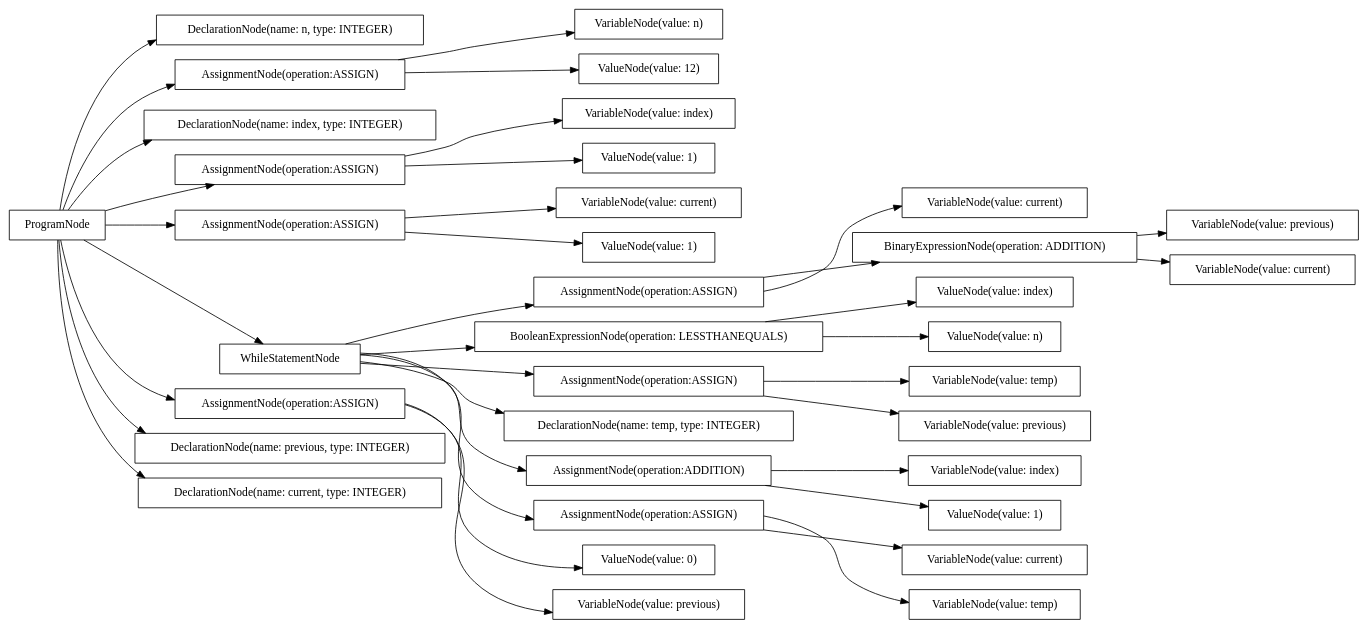
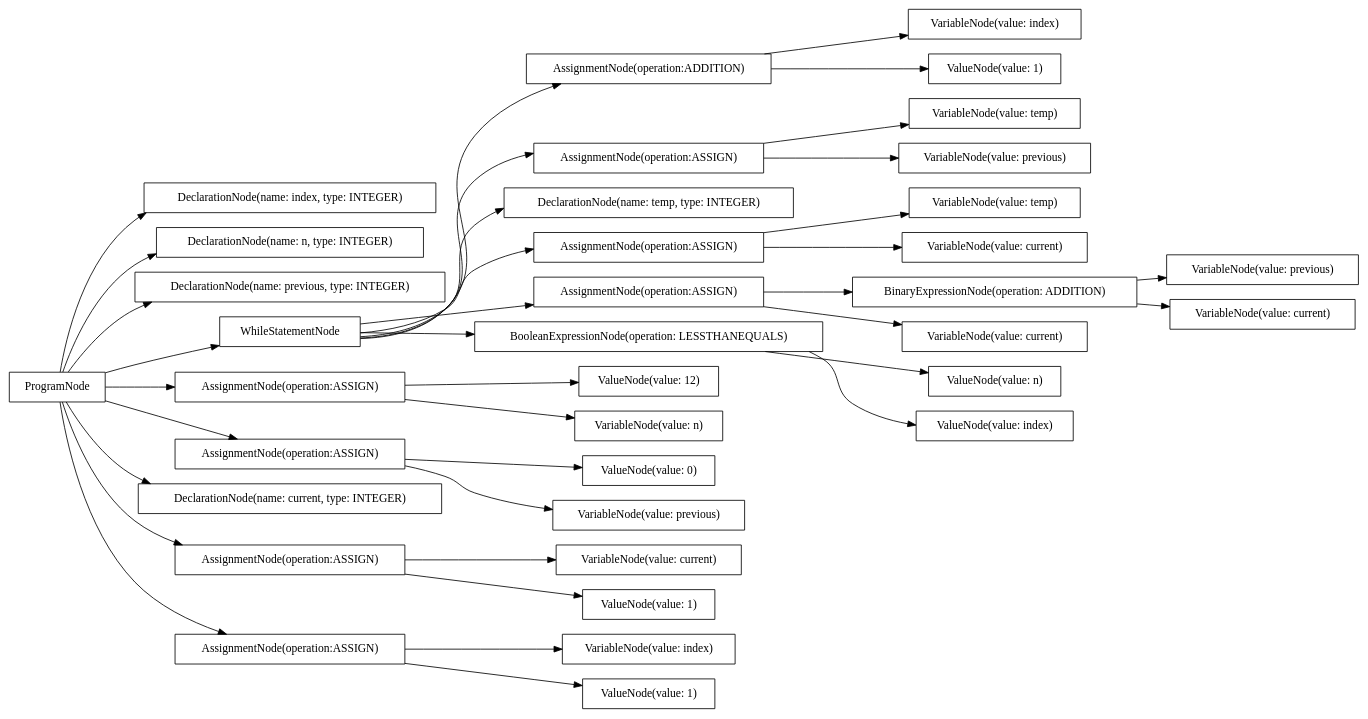
Before and after one commit to AtLeastITry/ANTLR-Python-Compiler: the diagram in src/output/dot/fibonacci.dot, drawn with Graphviz. The commit also changed 10 other files, not shown here.

```diff
--- a/src/output/dot/fibonacci.dot
+++ b/src/output/dot/fibonacci.dot
@@ -1,74 +1,74 @@
 digraph G {
 rankdir=LR
-"f2e39981-f69d-4eca-b578-487d6be4f615" [label="DeclarationNode(name: n, type: INTEGER)" shape="box"];
-"b7244cc0-39b5-45ae-a8e9-d210f40f4788" [label="VariableNode(value: index)" shape="box"];
-"81354cde-d159-466c-97f7-82f796c4461e" [label="ValueNode(value: 0)" shape="box"];
-"04382cf0-7ac7-443c-8c2f-bc427b9868c2" [label="ValueNode(value: index)" shape="box"];
-"a21a1077-9fe9-4d00-8135-f6cef438b041" [label="AssignmentNode(operation:ASSIGN)" shape="box"];
-"ca11a3d4-9709-426d-915c-c1c418363bc6" [label="AssignmentNode(operation:ASSIGN)" shape="box"];
-"004b1c55-7f75-442b-9615-68fdad9f25bc" [label="VariableNode(value: current)" shape="box"];
-"31c25d8e-93ac-46b8-a7f2-9eb9f576bb2e" [label="VariableNode(value: temp)" shape="box"];
-"48811333-f878-4713-8cda-7bebf68a7532" [label="VariableNode(value: previous)" shape="box"];
-"3acb30d8-ec54-4618-b3a5-100e2ca0e785" [label="VariableNode(value: n)" shape="box"];
-"6873d2dd-80f9-43c8-91c0-05d8a8c03813" [label="BooleanExpressionNode(operation: LESSTHANEQUALS)" shape="box"];
-"9508199c-9a2a-4fef-bfbc-4c6eb44feb19" [label="ProgramNode" shape="box"];
-"c228a922-a230-4987-8ba6-7c75241cd2e7" [label="VariableNode(value: current)" shape="box"];
-"57e73738-9f6e-4332-a002-756728b52306" [label="VariableNode(value: current)" shape="box"];
-"4c3b980d-22e1-40c9-8154-ba8ab2dcf6cb" [label="ValueNode(value: n)" shape="box"];
-"6204aff9-ea91-4e46-b79d-079d2b34fb06" [label="ValueNode(value: 12)" shape="box"];
-"73e6bcbc-619f-4e66-8615-cab6c6a8c433" [label="DeclarationNode(name: index, type: INTEGER)" shape="box"];
-"622d3cfe-2606-40ab-85fb-cbe60794d297" [label="AssignmentNode(operation:ASSIGN)" shape="box"];
-"ea216569-ac40-4a32-9bbb-888416924976" [label="VariableNode(value: previous)" shape="box"];
-"b34e59fb-dd91-4a6e-838d-469c02fd31c5" [label="VariableNode(value: index)" shape="box"];
-"57bf920f-966d-44fb-b9f9-18891f304382" [label="BinaryExpressionNode(operation: ADDITION)" shape="box"];
-"62d03805-43d7-4eeb-840a-3e5959acdcb3" [label="AssignmentNode(operation:ASSIGN)" shape="box"];
-"667947e6-df62-4868-9c43-5d4d2a6e46d9" [label="VariableNode(value: previous)" shape="box"];
-"3808a996-f85a-4155-8d5e-c3dff4969de8" [label="ValueNode(value: 1)" shape="box"];
-"c7edd05d-d2ef-4624-a186-64b7f0d32276" [label="VariableNode(value: temp)" shape="box"];
-"e0137b40-87c5-4704-a7d0-2de683048fd1" [label="WhileStatementNode" shape="box"];
-"7636c153-93ea-4ce6-814c-17dcfd50bd18" [label="AssignmentNode(operation:ASSIGN)" shape="box"];
-"c760adfa-203b-4d83-b9f2-76a60f759bb0" [label="DeclarationNode(name: temp, type: INTEGER)" shape="box"];
-"993dd588-d54b-4045-8a3e-fc1e2bc1cfae" [label="ValueNode(value: 1)" shape="box"];
-"5879a3c7-8a50-4cad-8206-2f4dae785c06" [label="AssignmentNode(operation:ASSIGN)" shape="box"];
-"ea992748-8258-4393-89f7-795f04f7903d" [label="VariableNode(value: current)" shape="box"];
-"5450d3e3-8efc-46a7-bac6-e8779b908830" [label="AssignmentNode(operation:ADDITION)" shape="box"];
-"93ebad6f-ea91-4b99-b153-055cf33d9fc4" [label="ValueNode(value: 1)" shape="box"];
-"beb307a9-bd2e-4977-95b3-67b0056b7690" [label="DeclarationNode(name: previous, type: INTEGER)" shape="box"];
-"b13abfe4-e2e3-4b0f-9b25-8d6d3aeba06a" [label="AssignmentNode(operation:ASSIGN)" shape="box"];
-"a408d4f4-9c7a-4088-a88c-aa79cc512194" [label="DeclarationNode(name: current, type: INTEGER)" shape="box"];
-"9508199c-9a2a-4fef-bfbc-4c6eb44feb19" -> "f2e39981-f69d-4eca-b578-487d6be4f615";
-"9508199c-9a2a-4fef-bfbc-4c6eb44feb19" -> "beb307a9-bd2e-4977-95b3-67b0056b7690";
-"9508199c-9a2a-4fef-bfbc-4c6eb44feb19" -> "a408d4f4-9c7a-4088-a88c-aa79cc512194";
-"9508199c-9a2a-4fef-bfbc-4c6eb44feb19" -> "73e6bcbc-619f-4e66-8615-cab6c6a8c433";
-"9508199c-9a2a-4fef-bfbc-4c6eb44feb19" -> "a21a1077-9fe9-4d00-8135-f6cef438b041";
-"a21a1077-9fe9-4d00-8135-f6cef438b041" -> "3acb30d8-ec54-4618-b3a5-100e2ca0e785";
-"a21a1077-9fe9-4d00-8135-f6cef438b041" -> "6204aff9-ea91-4e46-b79d-079d2b34fb06";
-"9508199c-9a2a-4fef-bfbc-4c6eb44feb19" -> "5879a3c7-8a50-4cad-8206-2f4dae785c06";
-"5879a3c7-8a50-4cad-8206-2f4dae785c06" -> "ea216569-ac40-4a32-9bbb-888416924976";
-"5879a3c7-8a50-4cad-8206-2f4dae785c06" -> "81354cde-d159-466c-97f7-82f796c4461e";
-"9508199c-9a2a-4fef-bfbc-4c6eb44feb19" -> "62d03805-43d7-4eeb-840a-3e5959acdcb3";
-"62d03805-43d7-4eeb-840a-3e5959acdcb3" -> "004b1c55-7f75-442b-9615-68fdad9f25bc";
-"62d03805-43d7-4eeb-840a-3e5959acdcb3" -> "993dd588-d54b-4045-8a3e-fc1e2bc1cfae";
-"9508199c-9a2a-4fef-bfbc-4c6eb44feb19" -> "622d3cfe-2606-40ab-85fb-cbe60794d297";
-"622d3cfe-2606-40ab-85fb-cbe60794d297" -> "b34e59fb-dd91-4a6e-838d-469c02fd31c5";
-"622d3cfe-2606-40ab-85fb-cbe60794d297" -> "3808a996-f85a-4155-8d5e-c3dff4969de8";
-"9508199c-9a2a-4fef-bfbc-4c6eb44feb19" -> "e0137b40-87c5-4704-a7d0-2de683048fd1";
-"e0137b40-87c5-4704-a7d0-2de683048fd1" -> "6873d2dd-80f9-43c8-91c0-05d8a8c03813";
-"6873d2dd-80f9-43c8-91c0-05d8a8c03813" -> "04382cf0-7ac7-443c-8c2f-bc427b9868c2";
-"6873d2dd-80f9-43c8-91c0-05d8a8c03813" -> "4c3b980d-22e1-40c9-8154-ba8ab2dcf6cb";
-"e0137b40-87c5-4704-a7d0-2de683048fd1" -> "c760adfa-203b-4d83-b9f2-76a60f759bb0";
-"e0137b40-87c5-4704-a7d0-2de683048fd1" -> "b13abfe4-e2e3-4b0f-9b25-8d6d3aeba06a";
-"b13abfe4-e2e3-4b0f-9b25-8d6d3aeba06a" -> "c7edd05d-d2ef-4624-a186-64b7f0d32276";
-"b13abfe4-e2e3-4b0f-9b25-8d6d3aeba06a" -> "c228a922-a230-4987-8ba6-7c75241cd2e7";
-"e0137b40-87c5-4704-a7d0-2de683048fd1" -> "ca11a3d4-9709-426d-915c-c1c418363bc6";
-"ca11a3d4-9709-426d-915c-c1c418363bc6" -> "57e73738-9f6e-4332-a002-756728b52306";
-"ca11a3d4-9709-426d-915c-c1c418363bc6" -> "57bf920f-966d-44fb-b9f9-18891f304382";
-"57bf920f-966d-44fb-b9f9-18891f304382" -> "ea992748-8258-4393-89f7-795f04f7903d";
-"57bf920f-966d-44fb-b9f9-18891f304382" -> "667947e6-df62-4868-9c43-5d4d2a6e46d9";
-"e0137b40-87c5-4704-a7d0-2de683048fd1" -> "7636c153-93ea-4ce6-814c-17dcfd50bd18";
-"7636c153-93ea-4ce6-814c-17dcfd50bd18" -> "48811333-f878-4713-8cda-7bebf68a7532";
-"7636c153-93ea-4ce6-814c-17dcfd50bd18" -> "31c25d8e-93ac-46b8-a7f2-9eb9f576bb2e";
-"e0137b40-87c5-4704-a7d0-2de683048fd1" -> "5450d3e3-8efc-46a7-bac6-e8779b908830";
-"5450d3e3-8efc-46a7-bac6-e8779b908830" -> "b7244cc0-39b5-45ae-a8e9-d210f40f4788";
-"5450d3e3-8efc-46a7-bac6-e8779b908830" -> "93ebad6f-ea91-4b99-b153-055cf33d9fc4";
+"0586f55d-d671-4482-966a-b3aefdd5997f" [label="VariableNode(value: index)" shape="box"];
+"d7d4cc46-9b32-48b5-964f-62014d58d888" [label="DeclarationNode(name: index, type: INTEGER)" shape="box"];
+"22206fd3-8583-4a4e-9e2e-ab2849d990ea" [label="VariableNode(value: current)" shape="box"];
+"9a46813c-3afa-4803-a22a-ccb96f6c9873" [label="DeclarationNode(name: n, type: INTEGER)" shape="box"];
+"f7646b8d-4e08-4c54-8a6a-47b3a3297255" [label="ValueNode(value: n)" shape="box"];
+"7b805c53-841a-49bc-b0ba-ad99fc5839dc" [label="DeclarationNode(name: previous, type: INTEGER)" shape="box"];
+"1ec4b795-a67e-4834-9165-031c2ce6a292" [label="ValueNode(value: index)" shape="box"];
+"931a944f-2b12-4351-b4f5-d11f5f36e79c" [label="AssignmentNode(operation:ADDITION)" shape="box"];
+"1b5c97a9-acbc-4c56-bbbb-7aacb2356067" [label="VariableNode(value: temp)" shape="box"];
+"70a1d04a-95e1-4f3d-86c8-4c91db4346b1" [label="ValueNode(value: 12)" shape="box"];
+"223ca3a5-5d75-4951-b0c7-662c952a6a20" [label="WhileStatementNode" shape="box"];
+"a90c96b4-811b-4bcb-b150-558a1a7733d9" [label="AssignmentNode(operation:ASSIGN)" shape="box"];
+"1abbeff5-60bc-4875-a6e8-b12a225926c1" [label="BinaryExpressionNode(operation: ADDITION)" shape="box"];
+"d39cc7ef-8f5a-414f-bb35-dccdbada7c9a" [label="ValueNode(value: 1)" shape="box"];
+"e8698140-ddf5-489e-a15b-8b3195ea23a6" [label="AssignmentNode(operation:ASSIGN)" shape="box"];
+"eac8da40-2dca-4cdb-9553-72530a468e37" [label="VariableNode(value: index)" shape="box"];
+"cf231225-e18e-46ce-8b19-e3c107b89c8e" [label="VariableNode(value: previous)" shape="box"];
+"69d1e2f9-32dc-4ac4-8d7e-c8753d4b8f1a" [label="AssignmentNode(operation:ASSIGN)" shape="box"];
+"615dcfab-611c-48ca-9c5c-7be08631c606" [label="ValueNode(value: 0)" shape="box"];
+"0169b2bf-fdad-426d-adef-8293696d386b" [label="ValueNode(value: 1)" shape="box"];
+"c154d662-4a44-47ff-929f-4a79ff5987df" [label="VariableNode(value: current)" shape="box"];
+"363cad69-427e-4b3c-9903-1167e227eeba" [label="DeclarationNode(name: temp, type: INTEGER)" shape="box"];
+"8fd36c5e-a628-4a72-915d-d6e80e8920db" [label="VariableNode(value: n)" shape="box"];
+"12ce6a36-07cb-4437-b08a-db62a8295ff4" [label="DeclarationNode(name: current, type: INTEGER)" shape="box"];
+"fae6524d-ecd8-4dca-aac9-0683ae7f83be" [label="VariableNode(value: previous)" shape="box"];
+"d7c0fb47-4fec-4e13-8488-d1c4120aa78c" [label="AssignmentNode(operation:ASSIGN)" shape="box"];
+"db1b8b15-f9dd-4ba6-bc29-65ae1a7ce27d" [label="VariableNode(value: current)" shape="box"];
+"6a004fb0-3288-4970-9947-b2c28457ccef" [label="AssignmentNode(operation:ASSIGN)" shape="box"];
+"8f318920-fbe4-4e6a-a062-172af55c537e" [label="ValueNode(value: 1)" shape="box"];
+"d2add702-1aef-4c62-a94d-fbc489fc34a2" [label="VariableNode(value: temp)" shape="box"];
+"0ed80a8b-43b1-4f74-b1ad-75dab661807a" [label="ProgramNode" shape="box"];
+"f022a9a3-9eed-417e-8ffa-6785039e3808" [label="VariableNode(value: previous)" shape="box"];
+"3e71e185-1f70-48b5-8fae-eb56a7668593" [label="AssignmentNode(operation:ASSIGN)" shape="box"];
+"a3b254ad-41e0-4580-96e3-3587d889b7ee" [label="AssignmentNode(operation:ASSIGN)" shape="box"];
+"10f4a098-767b-419d-85fe-5dbc0e99582e" [label="BooleanExpressionNode(operation: LESSTHANEQUALS)" shape="box"];
+"671cf85b-d77e-4732-ae12-835e8edad762" [label="VariableNode(value: current)" shape="box"];
+"0ed80a8b-43b1-4f74-b1ad-75dab661807a" -> "9a46813c-3afa-4803-a22a-ccb96f6c9873";
+"0ed80a8b-43b1-4f74-b1ad-75dab661807a" -> "7b805c53-841a-49bc-b0ba-ad99fc5839dc";
+"0ed80a8b-43b1-4f74-b1ad-75dab661807a" -> "12ce6a36-07cb-4437-b08a-db62a8295ff4";
+"0ed80a8b-43b1-4f74-b1ad-75dab661807a" -> "d7d4cc46-9b32-48b5-964f-62014d58d888";
+"0ed80a8b-43b1-4f74-b1ad-75dab661807a" -> "e8698140-ddf5-489e-a15b-8b3195ea23a6";
+"e8698140-ddf5-489e-a15b-8b3195ea23a6" -> "8fd36c5e-a628-4a72-915d-d6e80e8920db";
+"e8698140-ddf5-489e-a15b-8b3195ea23a6" -> "70a1d04a-95e1-4f3d-86c8-4c91db4346b1";
+"0ed80a8b-43b1-4f74-b1ad-75dab661807a" -> "69d1e2f9-32dc-4ac4-8d7e-c8753d4b8f1a";
+"69d1e2f9-32dc-4ac4-8d7e-c8753d4b8f1a" -> "fae6524d-ecd8-4dca-aac9-0683ae7f83be";
+"69d1e2f9-32dc-4ac4-8d7e-c8753d4b8f1a" -> "615dcfab-611c-48ca-9c5c-7be08631c606";
+"0ed80a8b-43b1-4f74-b1ad-75dab661807a" -> "6a004fb0-3288-4970-9947-b2c28457ccef";
+"6a004fb0-3288-4970-9947-b2c28457ccef" -> "22206fd3-8583-4a4e-9e2e-ab2849d990ea";
+"6a004fb0-3288-4970-9947-b2c28457ccef" -> "0169b2bf-fdad-426d-adef-8293696d386b";
+"0ed80a8b-43b1-4f74-b1ad-75dab661807a" -> "3e71e185-1f70-48b5-8fae-eb56a7668593";
+"3e71e185-1f70-48b5-8fae-eb56a7668593" -> "eac8da40-2dca-4cdb-9553-72530a468e37";
+"3e71e185-1f70-48b5-8fae-eb56a7668593" -> "8f318920-fbe4-4e6a-a062-172af55c537e";
+"0ed80a8b-43b1-4f74-b1ad-75dab661807a" -> "223ca3a5-5d75-4951-b0c7-662c952a6a20";
+"223ca3a5-5d75-4951-b0c7-662c952a6a20" -> "10f4a098-767b-419d-85fe-5dbc0e99582e";
+"10f4a098-767b-419d-85fe-5dbc0e99582e" -> "1ec4b795-a67e-4834-9165-031c2ce6a292";
+"10f4a098-767b-419d-85fe-5dbc0e99582e" -> "f7646b8d-4e08-4c54-8a6a-47b3a3297255";
+"223ca3a5-5d75-4951-b0c7-662c952a6a20" -> "363cad69-427e-4b3c-9903-1167e227eeba";
+"223ca3a5-5d75-4951-b0c7-662c952a6a20" -> "d7c0fb47-4fec-4e13-8488-d1c4120aa78c";
+"d7c0fb47-4fec-4e13-8488-d1c4120aa78c" -> "1b5c97a9-acbc-4c56-bbbb-7aacb2356067";
+"d7c0fb47-4fec-4e13-8488-d1c4120aa78c" -> "671cf85b-d77e-4732-ae12-835e8edad762";
+"223ca3a5-5d75-4951-b0c7-662c952a6a20" -> "a3b254ad-41e0-4580-96e3-3587d889b7ee";
+"a3b254ad-41e0-4580-96e3-3587d889b7ee" -> "c154d662-4a44-47ff-929f-4a79ff5987df";
+"a3b254ad-41e0-4580-96e3-3587d889b7ee" -> "1abbeff5-60bc-4875-a6e8-b12a225926c1";
+"1abbeff5-60bc-4875-a6e8-b12a225926c1" -> "db1b8b15-f9dd-4ba6-bc29-65ae1a7ce27d";
+"1abbeff5-60bc-4875-a6e8-b12a225926c1" -> "cf231225-e18e-46ce-8b19-e3c107b89c8e";
+"223ca3a5-5d75-4951-b0c7-662c952a6a20" -> "a90c96b4-811b-4bcb-b150-558a1a7733d9";
+"a90c96b4-811b-4bcb-b150-558a1a7733d9" -> "f022a9a3-9eed-417e-8ffa-6785039e3808";
+"a90c96b4-811b-4bcb-b150-558a1a7733d9" -> "d2add702-1aef-4c62-a94d-fbc489fc34a2";
+"223ca3a5-5d75-4951-b0c7-662c952a6a20" -> "931a944f-2b12-4351-b4f5-d11f5f36e79c";
+"931a944f-2b12-4351-b4f5-d11f5f36e79c" -> "0586f55d-d671-4482-966a-b3aefdd5997f";
+"931a944f-2b12-4351-b4f5-d11f5f36e79c" -> "d39cc7ef-8f5a-414f-bb35-dccdbada7c9a";
 }
```
